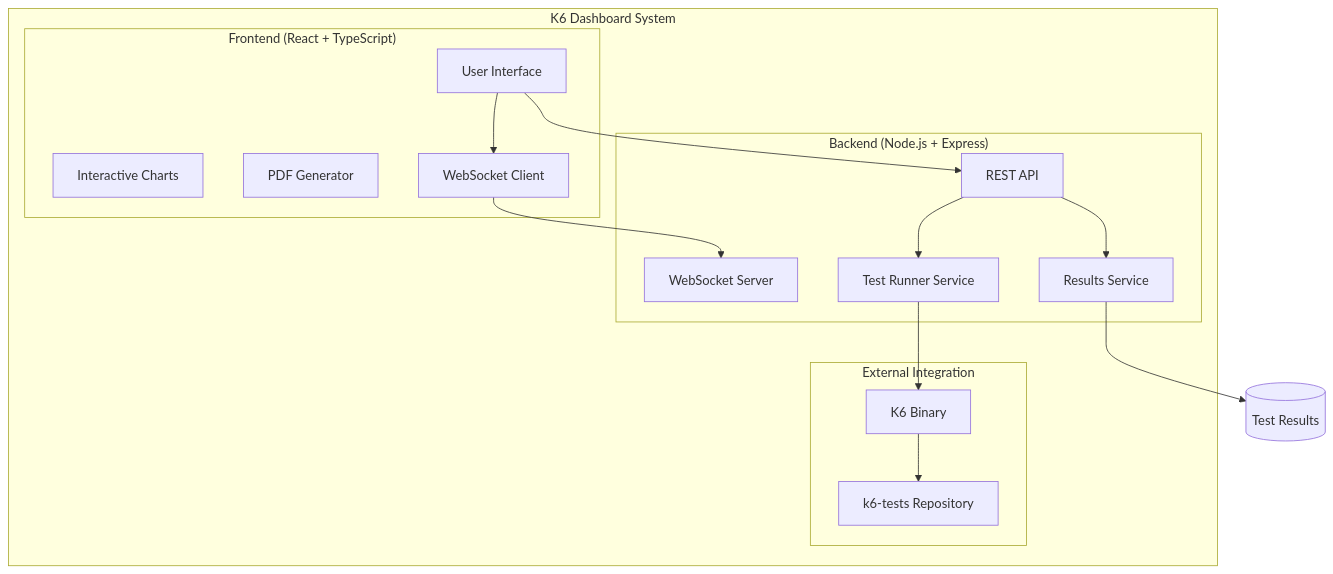
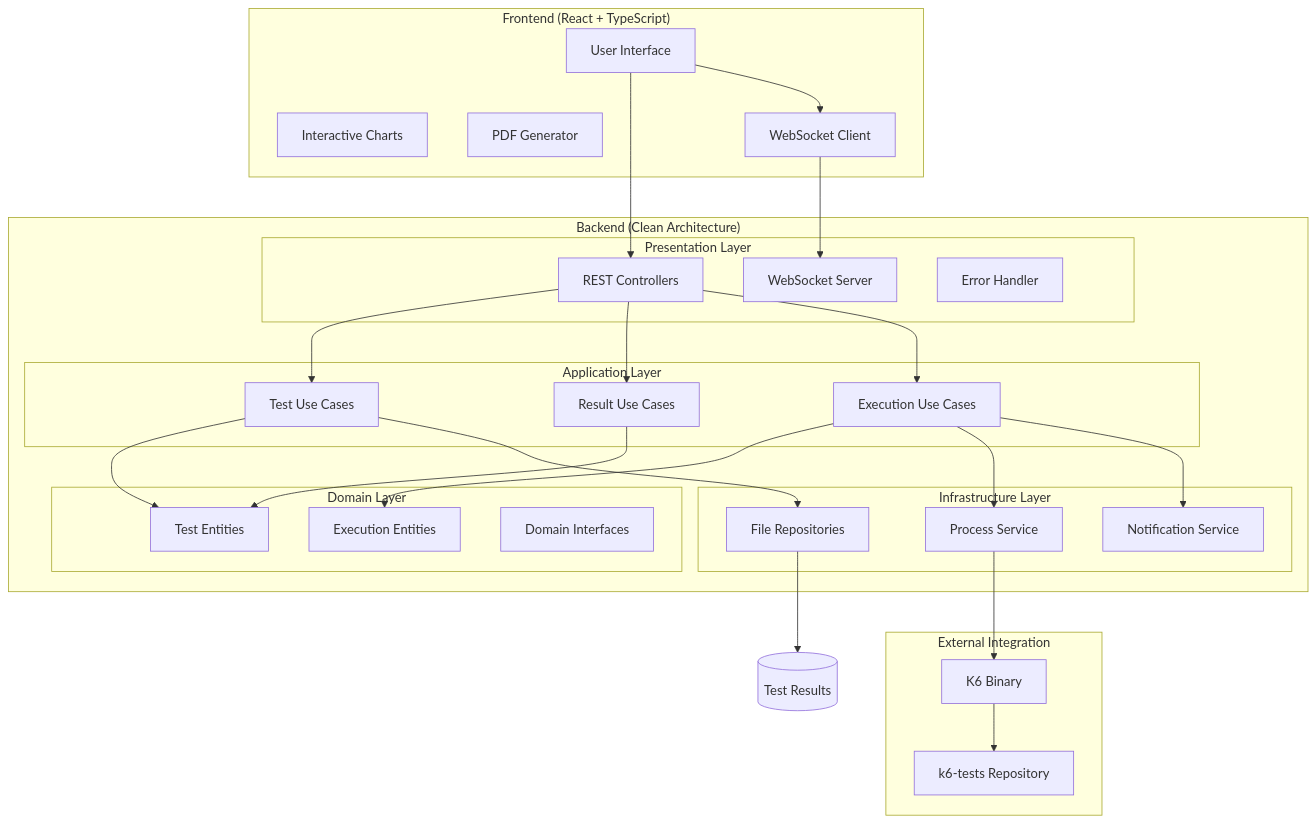
The second of 3 diagrams in README.md (dar-kow/k6-dashboard), drawn with Mermaid before and after one commit. The commit also changed other lines of this file, not shown here.

First line of the commit message:
refactor: Update README.md to reflect Clean Architecture principles and enhance clarity

````diff
--- a/README.md
+++ b/README.md
@@ -86,32 +147,59 @@
 ```mermaid
 graph TB
-    subgraph "K6 Dashboard System"
-        subgraph "Frontend (React + TypeScript)"
-            UI[User Interface]
-            Charts[Interactive Charts]
-            PDF[PDF Generator]
-            WS_Client[WebSocket Client]
+    subgraph "Frontend (React + TypeScript)"
+        UI[User Interface]
+        Charts[Interactive Charts]
+        PDF[PDF Generator]
+        WS_Client[WebSocket Client]
+    end
+    
+    subgraph "Backend (Clean Architecture)"
+        subgraph "Presentation Layer"
+            API[REST Controllers]
+            WS_Server[WebSocket Server]
+            ErrorHandler[Error Handler]
         end
         
-        subgraph "Backend (Node.js + Express)"
-            API[REST API]
-            WS_Server[WebSocket Server]
-            Runner[Test Runner Service]
-            Results[Results Service]
+        subgraph "Application Layer"
+            TestUseCases[Test Use Cases]
+            ResultUseCases[Result Use Cases]
+            ExecutionUseCases[Execution Use Cases]
         end
         
-        subgraph "External Integration"
-            K6_Repo[k6-tests Repository]
-            K6_Binary[K6 Binary]
+        subgraph "Domain Layer"
+            TestEntities[Test Entities]
+            ExecutionEntities[Execution Entities]
+            DomainInterfaces[Domain Interfaces]
         end
+        
+        subgraph "Infrastructure Layer"
+            FileRepos[File Repositories]
+            ProcessService[Process Service]
+            NotificationService[Notification Service]
+        end
+    end
+    
+    subgraph "External Integration"
+        K6_Repo[k6-tests Repository]
+        K6_Binary[K6 Binary]
     end
     
     UI --> API
     UI --> WS_Client
     WS_Client --> WS_Server
-    API --> Runner
-    API --> Results
-    Runner --> K6_Binary
+    API --> TestUseCases
+    API --> ResultUseCases
+    API --> ExecutionUseCases
+    
+    TestUseCases --> TestEntities
+    ResultUseCases --> TestEntities
+    ExecutionUseCases --> ExecutionEntities
+    
+    TestUseCases --> FileRepos
+    ExecutionUseCases --> ProcessService
+    ExecutionUseCases --> NotificationService
+    
+    ProcessService --> K6_Binary
     K6_Binary --> K6_Repo
-    Results --> FileSystem[(Test Results)]
+    FileRepos --> FileSystem[(Test Results)]
 ```
````
